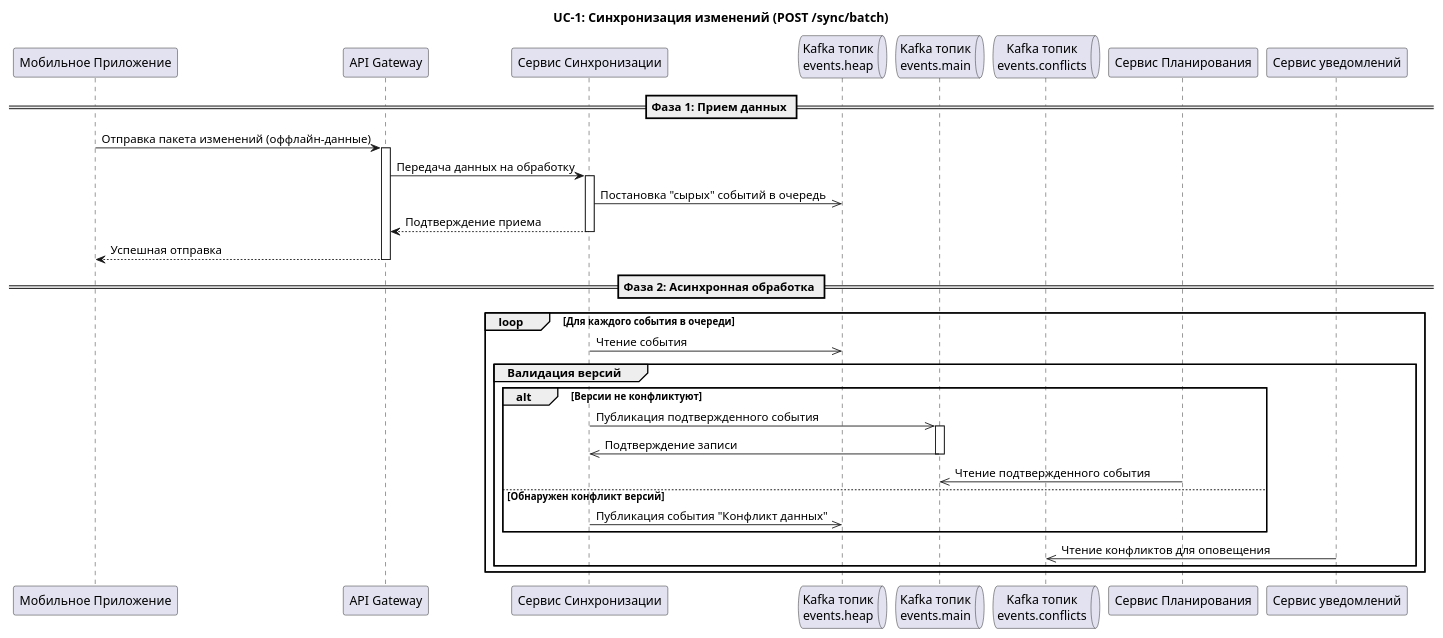
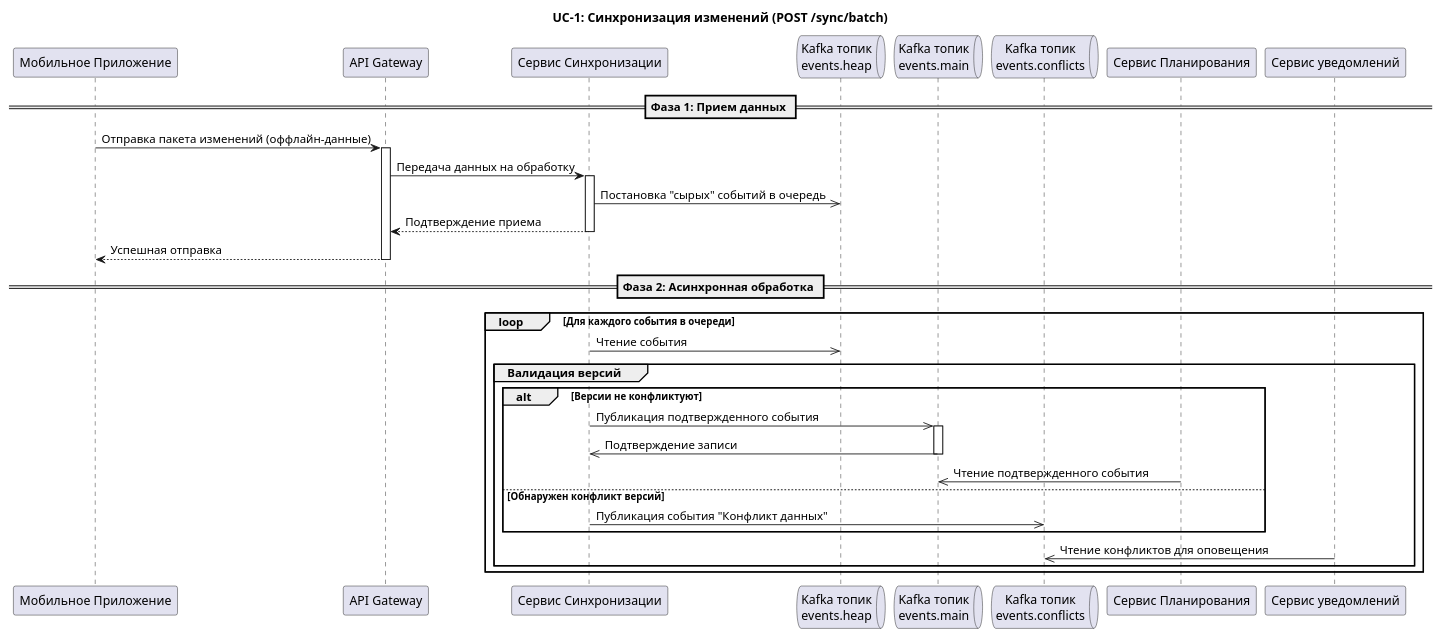
The diagram in Диаграммы последовательности/Синхронизация изменений.md (yn96k/traveltech-service), drawn with PlantUML before and after one commit. The commit also changed other lines of this file, not shown here.

````diff
--- a/Диаграммы последовательности/Синхронизация изменений.md
+++ b/Диаграммы последовательности/Синхронизация изменений.md
@@ -3,48 +4,48 @@
 ```plantuml
 @startuml
 title UC-1: Синхронизация изменений (POST /sync/batch)
 
 participant "Мобильное Приложение" as App
 participant "API Gateway" as GW
 participant "Сервис Синхронизации" as Sync
 queue "Kafka топик\nevents.heap" as K_heap
 queue "Kafka топик\nevents.main" as K_main
 queue "Kafka топик\nevents.conflicts" as K_conflicts
 participant "Сервис Планирования" as Trip
 participant "Сервис уведомлений" as Push
 
 == Фаза 1: Прием данных ==
 App -> GW: Отправка пакета изменений (оффлайн-данные)
 activate GW
 GW -> Sync: Передача данных на обработку
 activate Sync
 
 Sync ->> K_heap: Постановка "сырых" событий в очередь
 
 Sync --> GW: Подтверждение приема
 deactivate Sync
 GW --> App: Успешная отправка
 deactivate GW
 
 == Фаза 2: Асинхронная обработка ==
 loop Для каждого события в очереди
     Sync ->> K_heap: Чтение события
     
     group Валидация версий
         alt Версии не конфликтуют
             Sync ->> K_main: Публикация подтвержденного события
             activate K_main
             Sync <<- K_main: Подтверждение записи
             deactivate K_main
 
                 Trip ->> K_main: Чтение подтвержденного события
             deactivate K_heap
 
         else Обнаружен конфликт версий
-            Sync ->> K_heap: Публикация события "Конфликт данных"
+            Sync ->> K_conflicts: Публикация события "Конфликт данных"
         end
         Push ->> K_conflicts: Чтение конфликтов для оповещения
     end
 end
 @enduml
 ```
````
